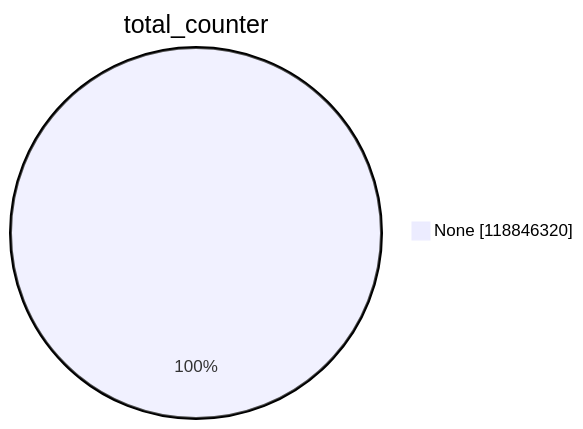
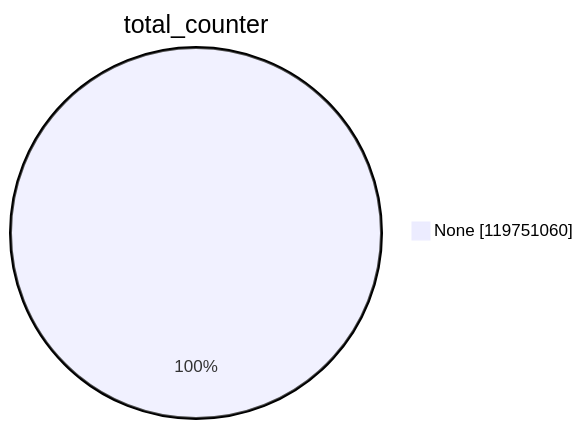
Before and after one commit to christiankrug/ctmonitor_visualization: the first of 15 diagrams in argon2023/README.md, drawn with Mermaid. The commit also changed other lines of this file, not shown here.

````diff
--- a/argon2023/README.md
+++ b/argon2023/README.md
@@ -1,5 +1,5 @@
 ```mermaid
 pie showData
 title total_counter
-"None" :118846320
+"None" :119751060
 ```
````
